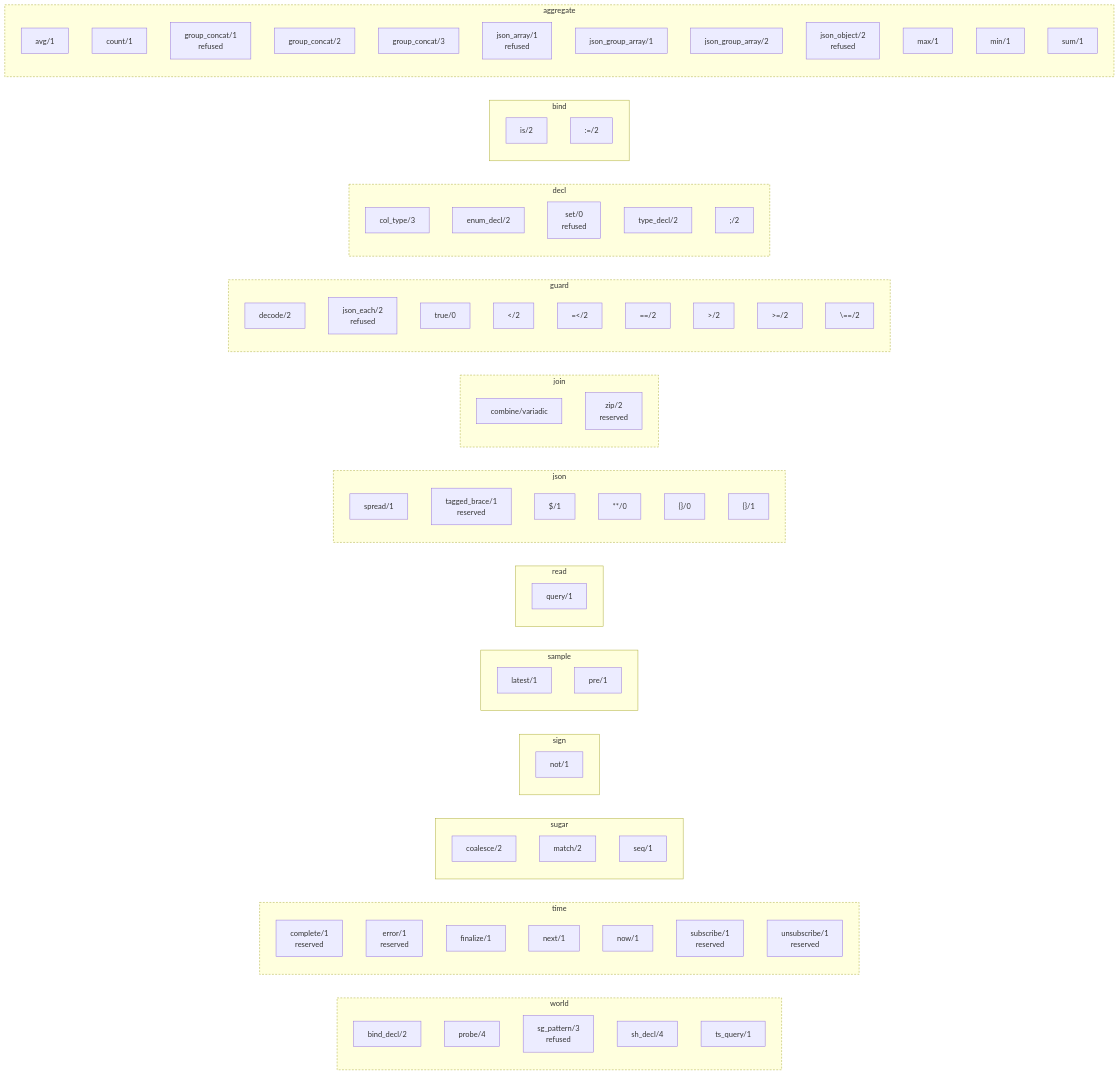
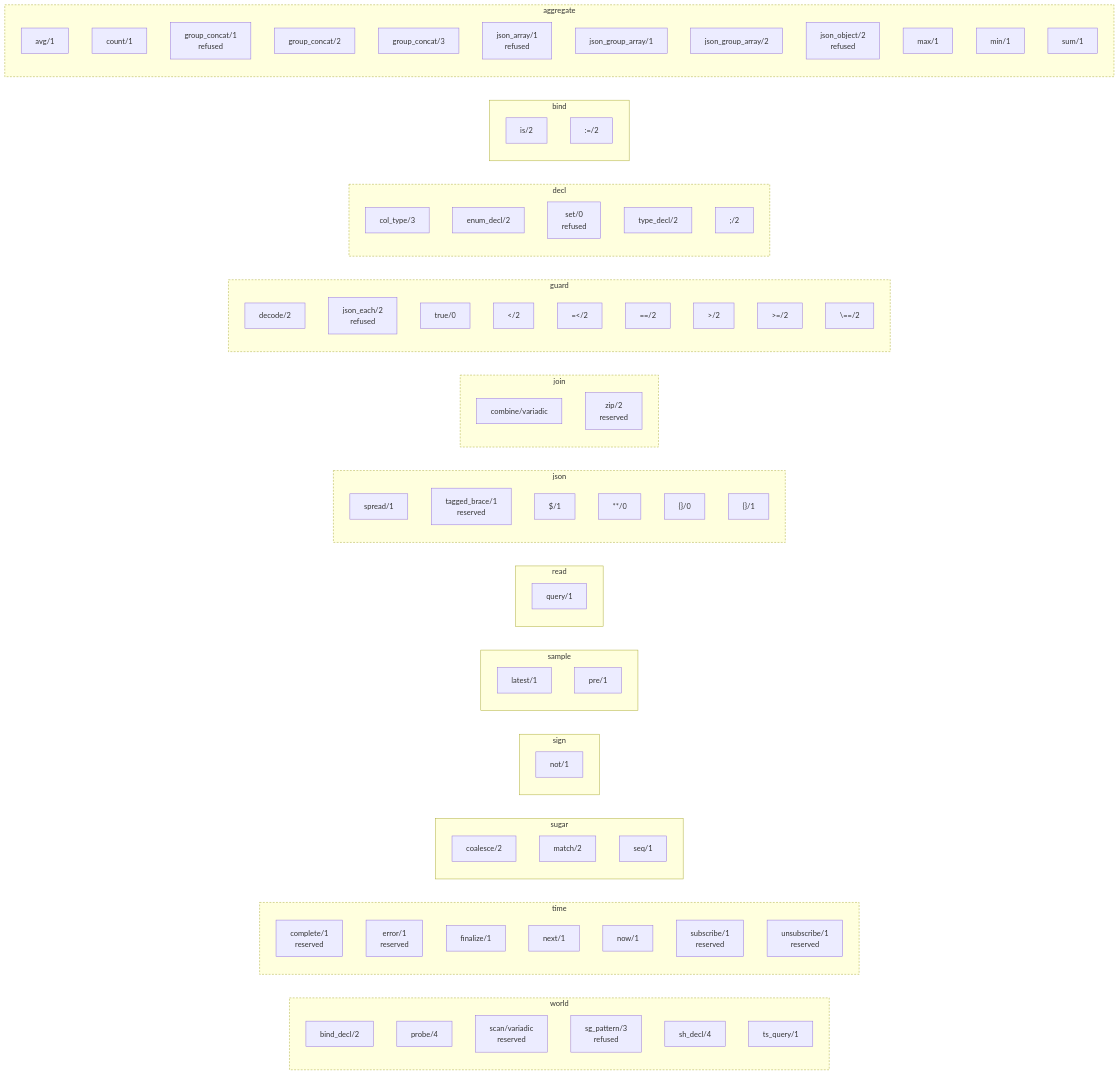
One commit to hafley66/sprefa changed the second of 4 diagrams in v6/ARCH-MAP.md. Above: the diagram before and after it, drawn with Mermaid. The commit also changed other lines of this file and 23 other files, not shown here.

```diff
--- a/v6/ARCH-MAP.md
+++ b/v6/ARCH-MAP.md
@@ -120,6 +120,7 @@
     direction TB
     c_binddeclx2f2["bind_decl/2"]
     c_probex2f4["probe/4"]
+    c_scanx2fvariadic["scan/variadic<br/>reserved"]
     c_sgpatternx2f3["sg_pattern/3<br/>refused"]
     c_shdeclx2f4["sh_decl/4"]
     c_tsqueryx2f1["ts_query/1"]
```
